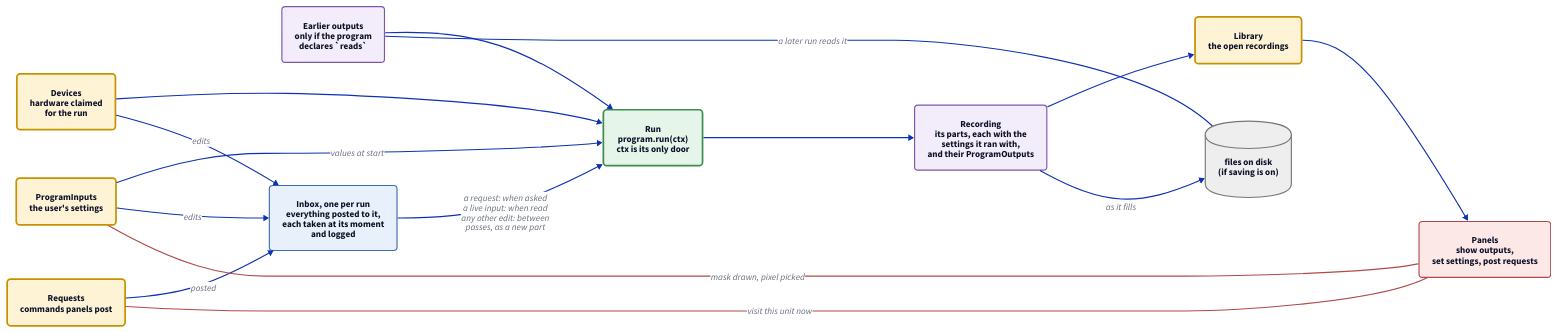
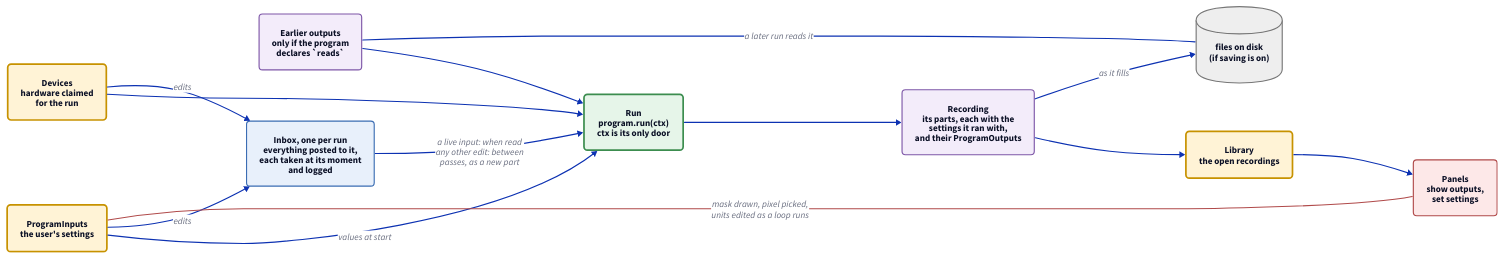
The diagram in docs/diagrams/core.d2 (FishyIshyFishy/pyrpoc), drawn with D2 before and after one commit. The commit also changed 45 other files, not shown here.

```diff
--- a/docs/diagrams/core.d2
+++ b/docs/diagrams/core.d2
@@ -1,42 +1,39 @@
 # Board 1 of 2: what flows into a program and what comes out. See nouns.d2 for the nouns.
 direction: right
 
 classes: {
   coll: {style: {fill: "#fff3d6"; stroke: "#c79200"; stroke-width: 3; border-radius: 6}}
   prog: {style: {fill: "#e6f5e9"; stroke: "#3c8d4f"; stroke-width: 3; border-radius: 6}}
   inbox: {style: {fill: "#e8f0fb"; stroke: "#3b6db3"; stroke-width: 2; border-radius: 6}}
   val: {style: {fill: "#f3ecfa"; stroke: "#7e57a8"; border-radius: 6}}
   view: {style: {fill: "#fde8e8"; stroke: "#b04a4a"; border-radius: 6}}
   disk: {shape: cylinder; style: {fill: "#eeeeee"; stroke: "#777777"}}
 }
 
 settings: "ProgramInputs\nthe user's settings" {class: coll}
 devices: "Devices\nhardware claimed\nfor the run" {class: coll}
-requests: "Requests\ncommands panels post" {class: coll}
 earlier: "Earlier outputs\nonly if the program\ndeclares `reads`" {class: val}
 
 inbox: "Inbox, one per run\neverything posted to it,\neach taken at its moment\nand logged" {class: inbox}
 
 run: "Run\nprogram.run(ctx)\nctx is its only door" {class: prog}
 
 recording: "Recording\nits parts, each with the\nsettings it ran with,\nand their ProgramOutputs" {class: val}
 library: "Library\nthe open recordings" {class: coll}
 files: "files on disk\n(if saving is on)" {class: disk}
-panels: "Panels\nshow outputs,\nset settings, post requests" {class: view}
+panels: "Panels\nshow outputs,\nset settings" {class: view}
 
 settings -> run: "values at start"
 devices -> run
 earlier -> run
 
 settings -> inbox: "edits"
 devices -> inbox: "edits"
-requests -> inbox: "posted"
-inbox -> run: "a request: when asked\na live input: when read\nany other edit: between\npasses, as a new part"
+inbox -> run: "a live input: when read\nany other edit: between\npasses, as a new part"
 
 run -> recording
 recording -> library
 recording -> files: "as it fills"
 earlier -- files: "a later run reads it" {source-arrowhead.shape: triangle}
 library -> panels
-settings -- panels: "mask drawn, pixel picked" {source-arrowhead.shape: triangle; style.stroke: "#b04a4a"}
-requests -- panels: "visit this unit now" {source-arrowhead.shape: triangle; style.stroke: "#b04a4a"}
+settings -- panels: "mask drawn, pixel picked,\nunits edited as a loop runs" {source-arrowhead.shape: triangle; style.stroke: "#b04a4a"}
```
